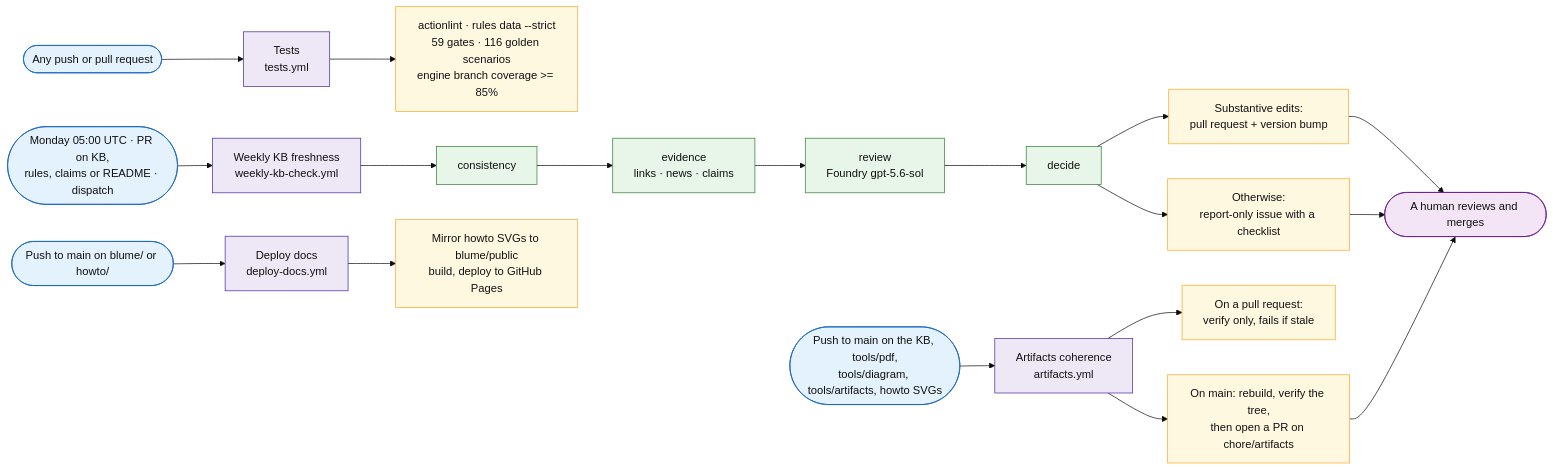
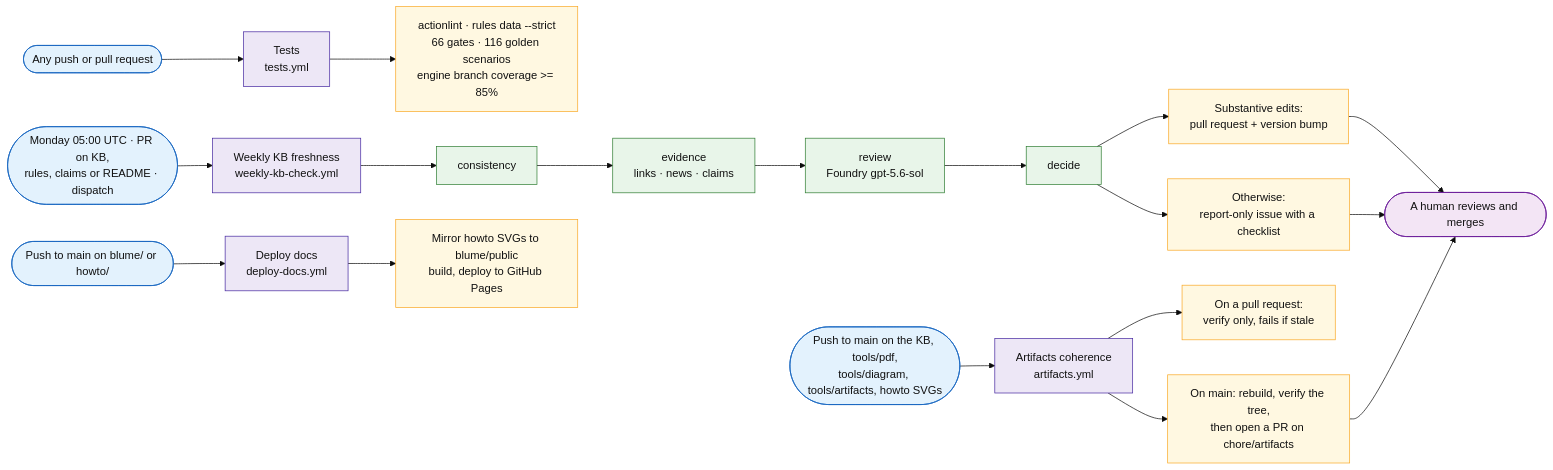
The sixth of 6 diagrams in docs/sql-migration-advisor-developer-pitch.md (fredgis/sql-migration-advisor), drawn with Mermaid (base theme) before and after one commit. The commit also changed 25 other files, not shown here.

````diff
--- a/docs/sql-migration-advisor-developer-pitch.md
+++ b/docs/sql-migration-advisor-developer-pitch.md
@@ -991,33 +991,33 @@
 ```mermaid
 flowchart LR
     G1([Any push or pull request]) --> W1[Tests<br/>tests.yml]
     G2([Monday 05:00 UTC · PR on KB,<br/>rules, claims or README · dispatch]) --> W2[Weekly KB freshness<br/>weekly-kb-check.yml]
     G3([Push to main on the KB, tools/pdf,<br/>tools/diagram, tools/artifacts, howto SVGs]) --> W3[Artifacts coherence<br/>artifacts.yml]
     G4([Push to main on blume/ or howto/]) --> W4[Deploy docs<br/>deploy-docs.yml]
 
-    W1 --> O1[actionlint · rules data --strict<br/>59 gates · 116 golden scenarios<br/>engine branch coverage >= 85%]
+    W1 --> O1[actionlint · rules data --strict<br/>66 gates · 116 golden scenarios<br/>engine branch coverage >= 85%]
 
     W2 --> C1[consistency] --> C2[evidence<br/>links · news · claims] --> C3[review<br/>Foundry gpt-5.6-sol] --> C4[decide]
     C4 --> O2a[Substantive edits:<br/>pull request + version bump]
     C4 --> O2b[Otherwise:<br/>report-only issue with a checklist]
 
     W3 --> O3a[On a pull request:<br/>verify only, fails if stale]
     W3 --> O3b[On main: rebuild, verify the tree,<br/>then open a PR on chore/artifacts]
 
     W4 --> O4[Mirror howto SVGs to blume/public<br/>build, deploy to GitHub Pages]
 
     O2a --> H([A human reviews and merges])
     O2b --> H
     O3b --> H
 
     classDef trig fill:#e3f2fd,stroke:#1565c0,color:#111
     classDef flow fill:#ede7f6,stroke:#4527a0,color:#111
     classDef step fill:#e8f5e9,stroke:#2e7d32,color:#111
     classDef out fill:#fff8e1,stroke:#f9a825,color:#111
     classDef human fill:#f3e5f5,stroke:#6a1b9a,color:#111
     class G1,G2,G3,G4 trig
     class W1,W2,W3,W4 flow
     class C1,C2,C3,C4 step
     class O1,O2a,O2b,O3a,O3b,O4 out
     class H human
 ```
````
